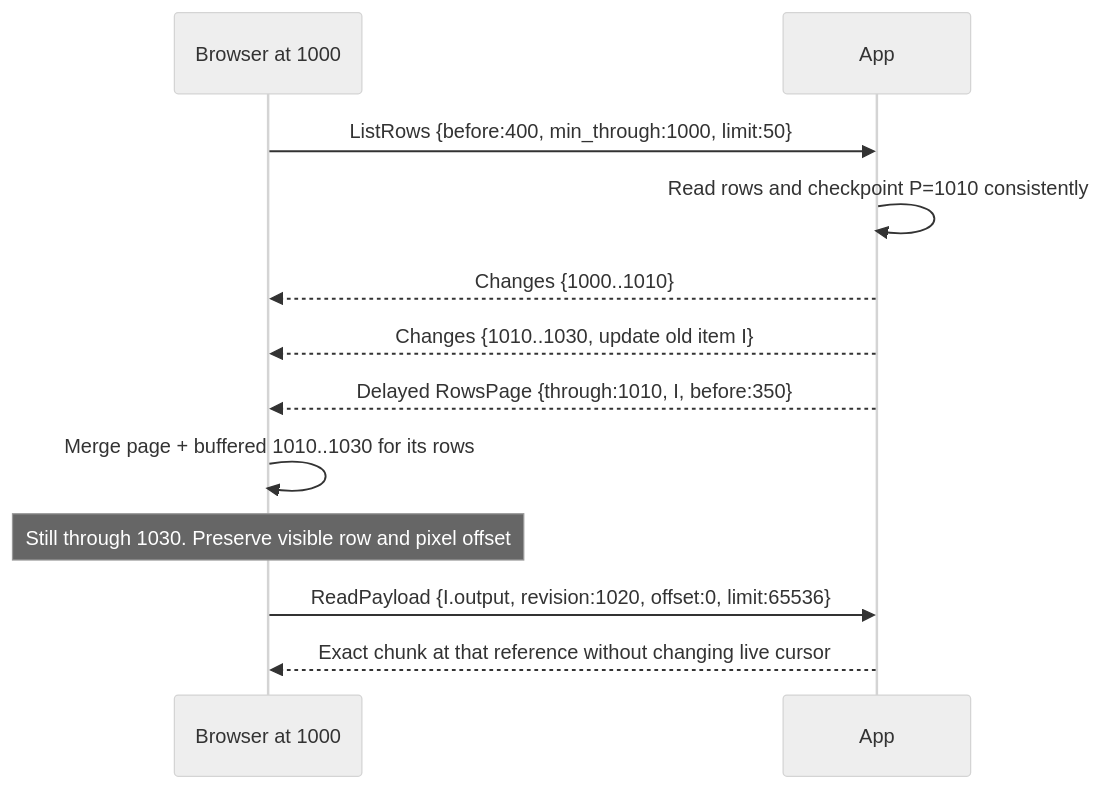
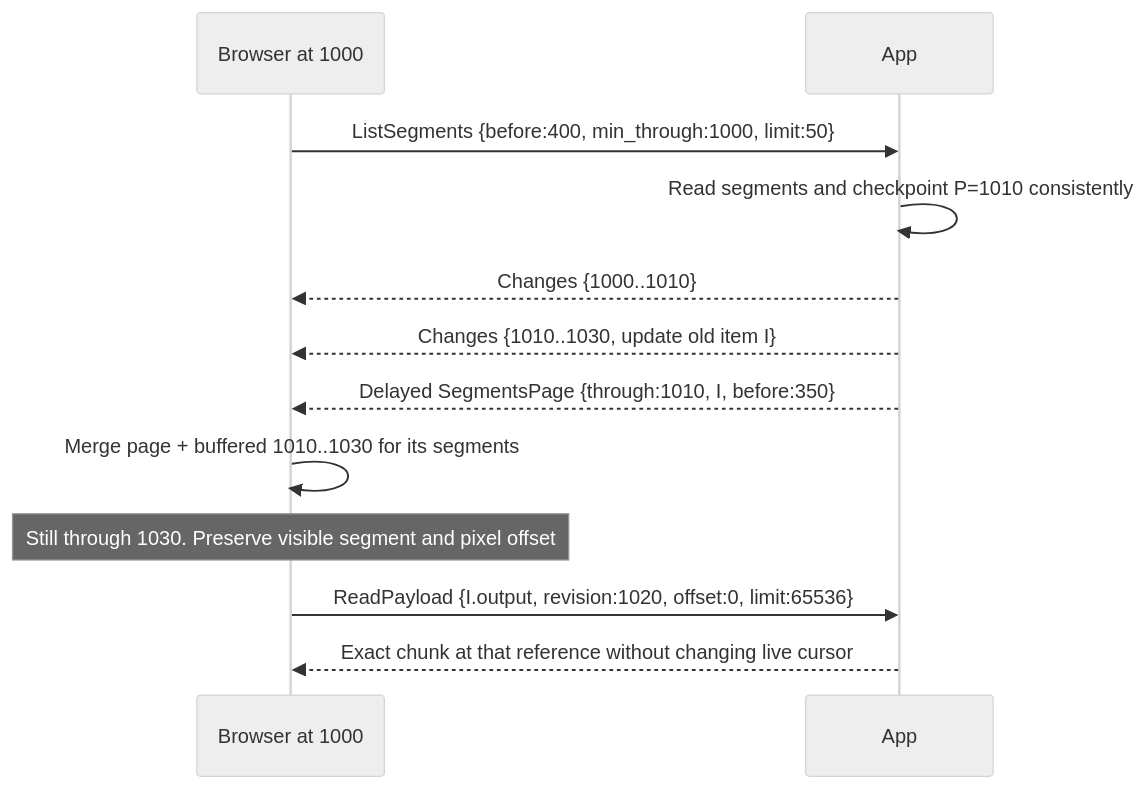
The third of 3 diagrams in x/agentplane/docs/thread_view_sync.md (agentydragon/ducktape), drawn with Mermaid (neutral theme) before and after one commit. The commit also changed other lines of this file and 1 other file, not shown here.

First line of the commit message:
agentplane: name the derived view unit Segment, not Row

````diff
--- a/x/agentplane/docs/thread_view_sync.md
+++ b/x/agentplane/docs/thread_view_sync.md
@@ -400,14 +400,14 @@
 ```mermaid
 sequenceDiagram
     participant F as Browser at 1000
     participant A as App
-    F->>A: ListRows {before:400, min_through:1000, limit:50}
-    A->>A: Read rows and checkpoint P=1010 consistently
+    F->>A: ListSegments {before:400, min_through:1000, limit:50}
+    A->>A: Read segments and checkpoint P=1010 consistently
     A-->>F: Changes {1000..1010}
     A-->>F: Changes {1010..1030, update old item I}
-    A-->>F: Delayed RowsPage {through:1010, I, before:350}
-    F->>F: Merge page + buffered 1010..1030 for its rows
-    Note over F: Still through 1030. Preserve visible row and pixel offset
+    A-->>F: Delayed SegmentsPage {through:1010, I, before:350}
+    F->>F: Merge page + buffered 1010..1030 for its segments
+    Note over F: Still through 1030. Preserve visible segment and pixel offset
     F->>A: ReadPayload {I.output, revision:1020, offset:0, limit:65536}
     A-->>F: Exact chunk at that reference without changing live cursor
 ```
````
